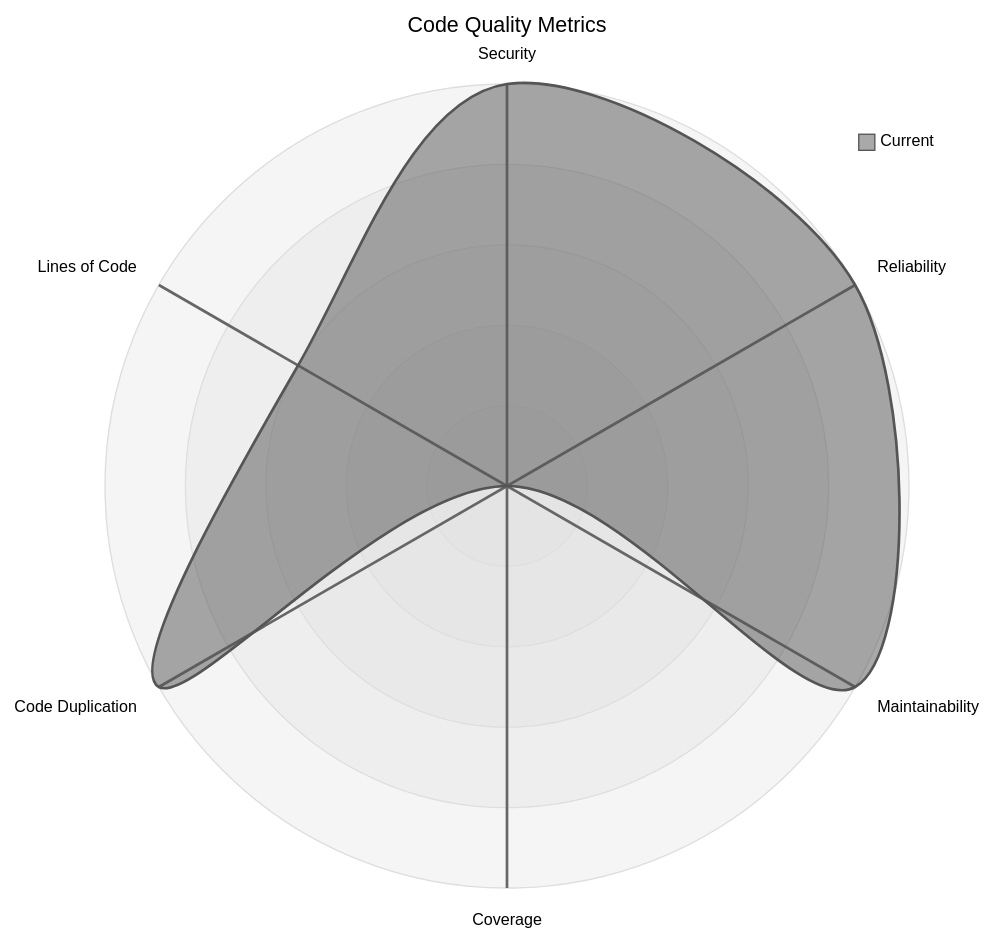
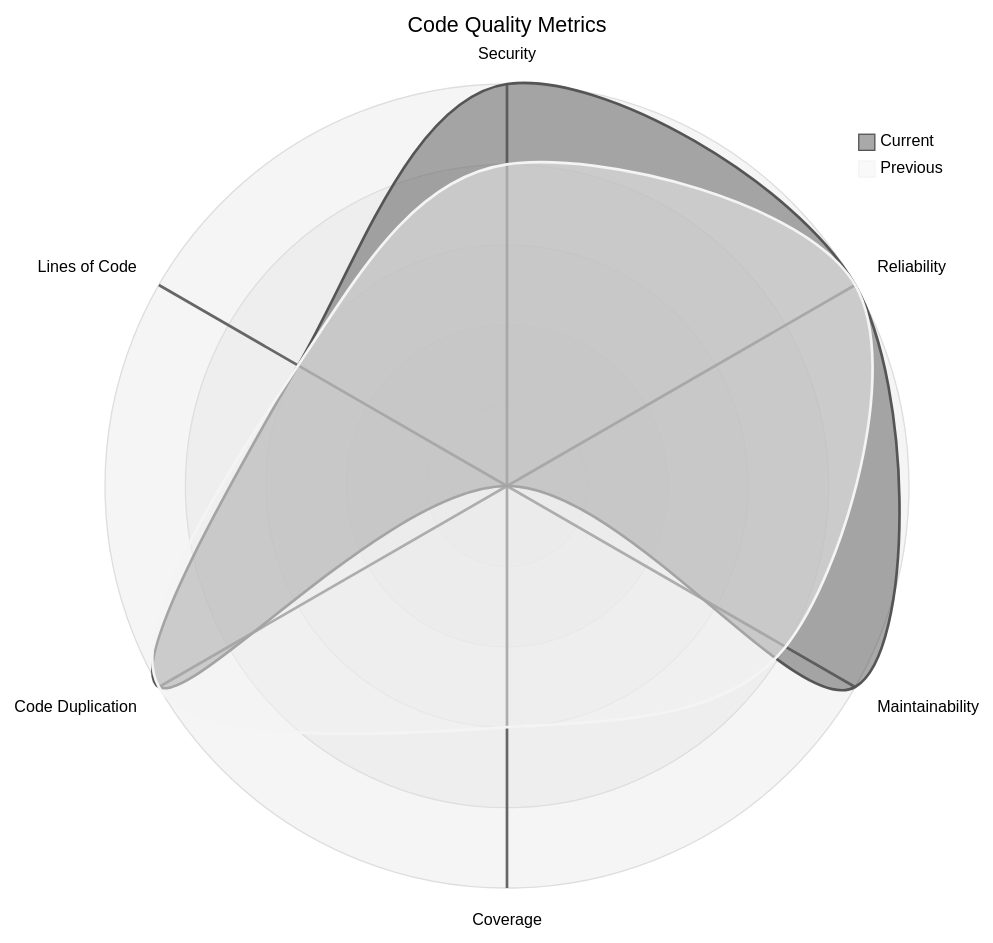
Before and after one commit to merlinbecker/CodexMiroir: the diagram in codequality/report.md, drawn with Mermaid (neutral theme). The commit also changed 1 other file, not shown here.

Commit message:
Fix radar chart to display both current and previous metrics

````diff
--- a/codequality/report.md
+++ b/codequality/report.md
@@ -3,11 +3,12 @@
 ```mermaid
 ---
 title: "Code Quality Metrics"
 ---
 radar-beta
   axis s["Security"], r["Reliability"], m["Maintainability"]
   axis c["Coverage"], d["Code Duplication"], l["Lines of Code"]
   curve current["Current"]{5, 5, 5, 0, 5, 3}
+  curve previous["Previous"]{4, 5, 4, 3, 5, 3}
   max 5
   min 0
 ```
````
